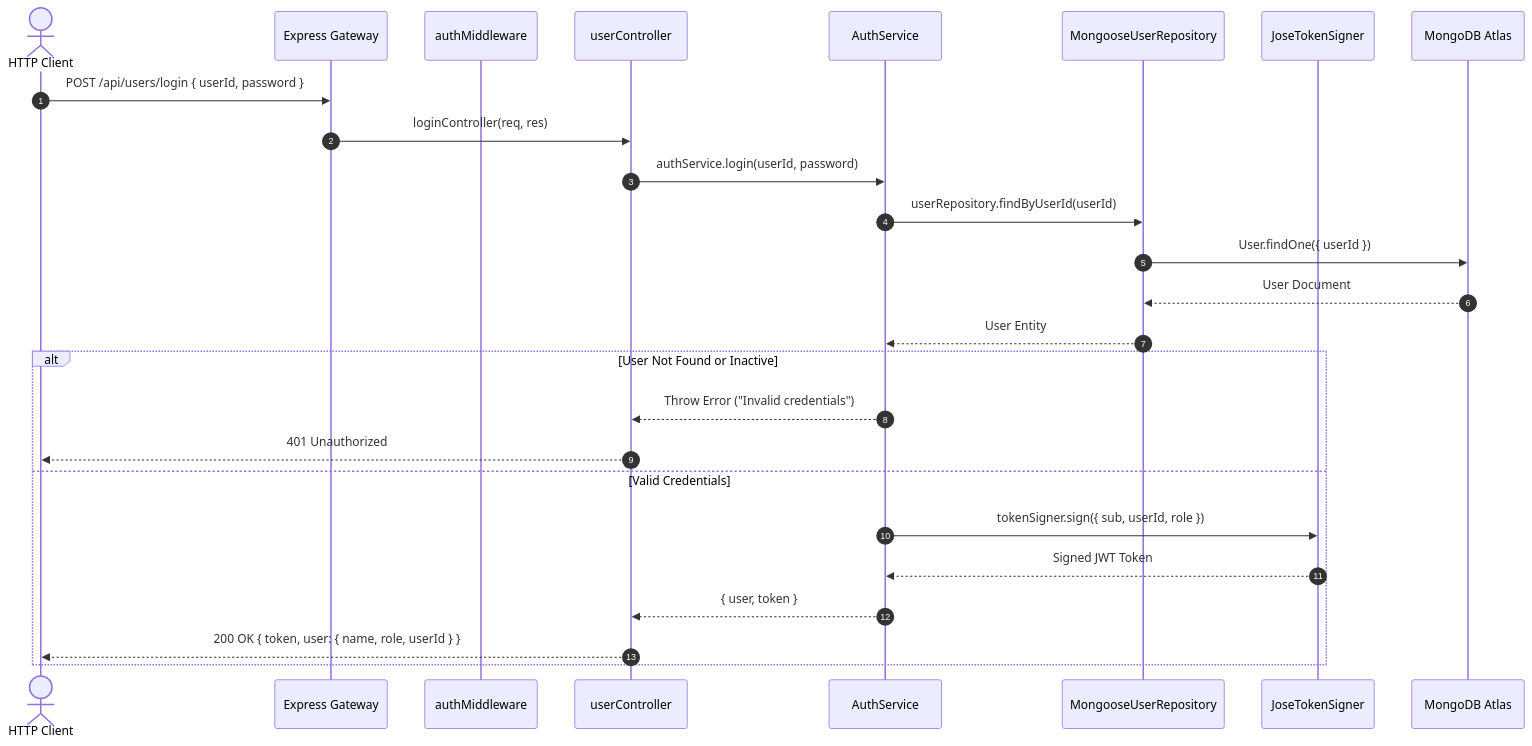
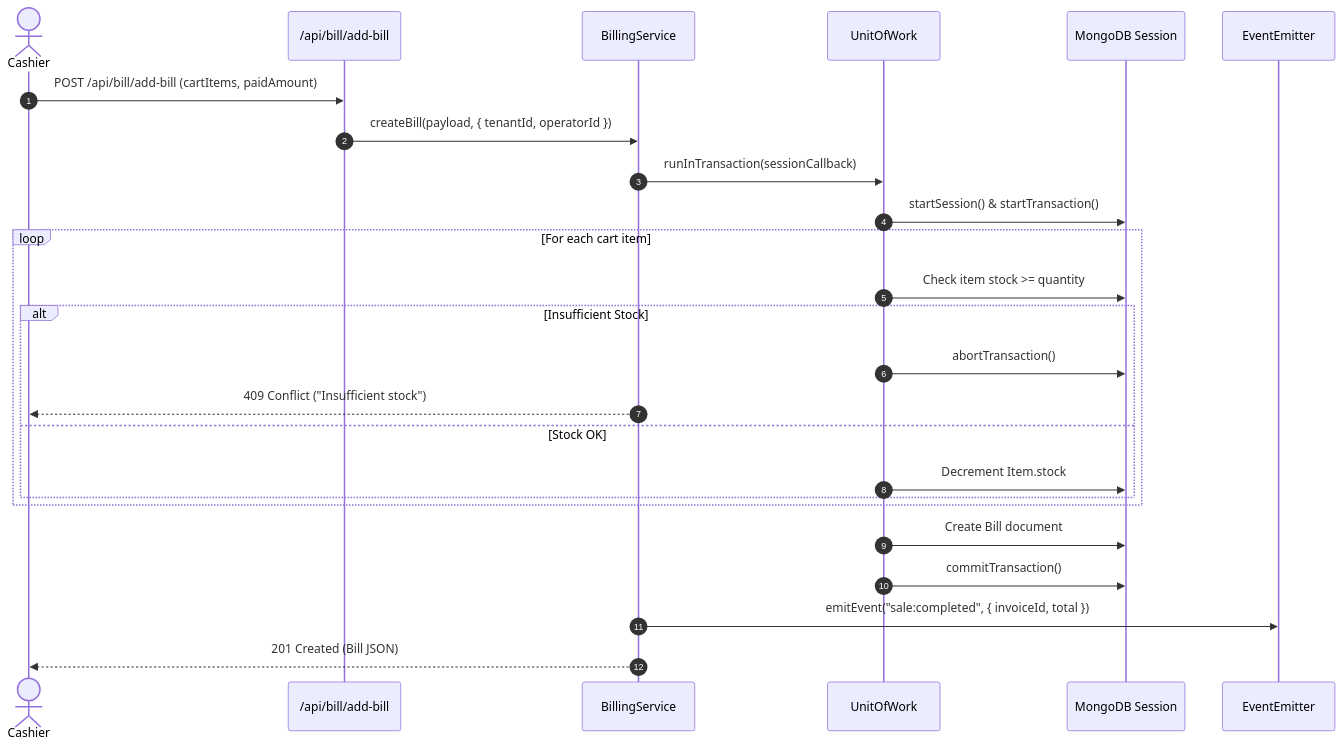
One commit to Haiderali445/mern-pos changed the diagram in server/README.md. Above: the diagram before and after it, drawn with Mermaid. The commit also changed other lines of this file and 126 other files, not shown here.

Commit message:
feat(monorepo): sync Express 5 modular backend, React 18 client templates, and audit trail drawer

````diff
--- a/server/README.md
+++ b/server/README.md
@@ -110,30 +133,28 @@
 ```mermaid
 sequenceDiagram
     autonumber
-    actor Client as HTTP Client
-    participant Express as Express Gateway
-    participant Mid as authMiddleware
-    participant Ctrl as userController
-    participant Svc as AuthService
-    participant Repo as MongooseUserRepository
-    participant Signer as JoseTokenSigner
-    participant DB as MongoDB Atlas
+    actor Cashier
+    participant Router as /api/bill/add-bill
+    participant Service as BillingService
+    participant UOW as UnitOfWork
+    participant Mongo as MongoDB Session
+    participant Bus as EventEmitter
 
-    Client->>Express: POST /api/users/login { userId, password }
-    Express->>Ctrl: loginController(req, res)
-    Ctrl->>Svc: authService.login(userId, password)
-    Svc->>Repo: userRepository.findByUserId(userId)
-    Repo->>DB: User.findOne({ userId })
-    DB-->>Repo: User Document
-    Repo-->>Svc: User Entity
-
-    alt User Not Found or Inactive
-        Svc-->>Ctrl: Throw Error ("Invalid credentials")
-        Ctrl-->>Client: 401 Unauthorized
-    else Valid Credentials
-        Svc->>Signer: tokenSigner.sign({ sub, userId, role })
-        Signer-->>Svc: Signed JWT Token
-        Svc-->>Ctrl: { user, token }
-        Ctrl-->>Client: 200 OK { token, user: { name, role, userId } }
+    Cashier->>Router: POST /api/bill/add-bill (cartItems, paidAmount)
+    Router->>Service: createBill(payload, { tenantId, operatorId })
+    Service->>UOW: runInTransaction(sessionCallback)
+    UOW->>Mongo: startSession() & startTransaction()
+    loop For each cart item
+        UOW->>Mongo: Check item stock >= quantity
+        alt Insufficient Stock
+            UOW->>Mongo: abortTransaction()
+            Service-->>Cashier: 409 Conflict ("Insufficient stock")
+        else Stock OK
+            UOW->>Mongo: Decrement Item.stock
+        end
     end
+    UOW->>Mongo: Create Bill document
+    UOW->>Mongo: commitTransaction()
+    Service->>Bus: emitEvent("sale:completed", { invoiceId, total })
+    Service-->>Cashier: 201 Created (Bill JSON)
 ```
````
